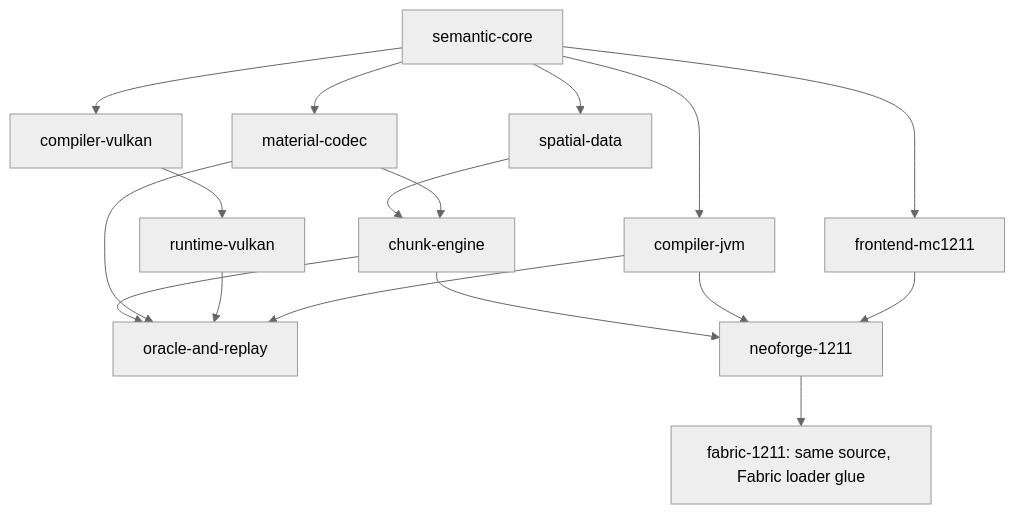
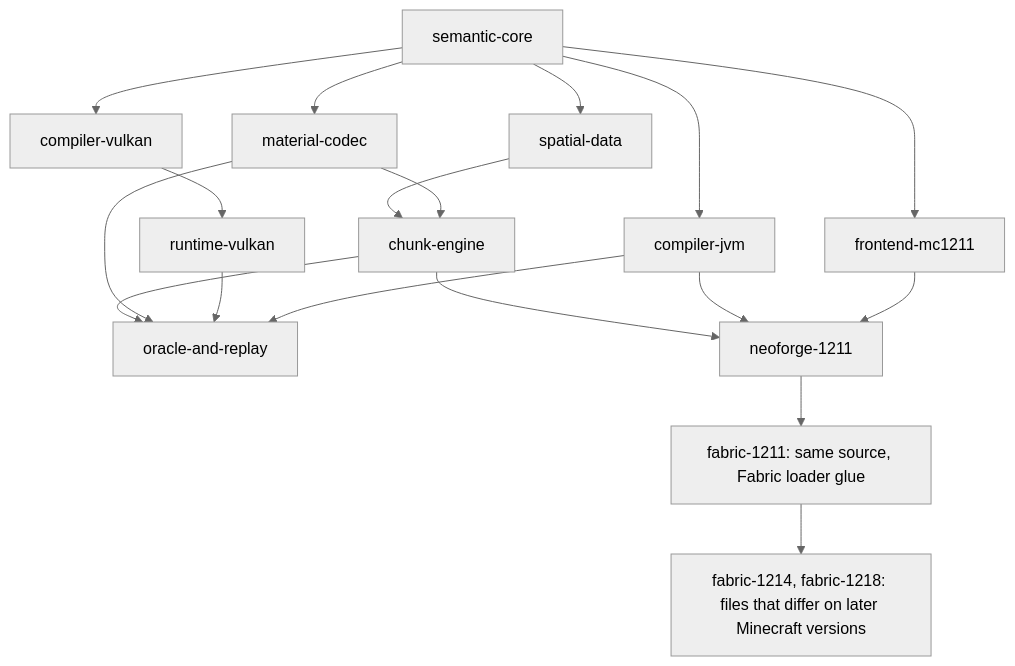
Before and after one commit to Miningmanias/Tellurium: the diagram in docs/ARCHITECTURE.md, drawn with Mermaid (neutral theme). The commit also changed 9 other files, not shown here.

````diff
--- a/docs/ARCHITECTURE.md
+++ b/docs/ARCHITECTURE.md
@@ -7,19 +7,20 @@
 ```mermaid
 flowchart TD
   semantic[semantic-core] --> cpu[compiler-jvm]
   semantic --> glsl[compiler-vulkan]
   semantic --> frontend[frontend-mc1211]
   semantic --> material[material-codec]
   semantic --> spatial[spatial-data]
   material --> engine[chunk-engine]
   spatial --> engine
   glsl --> native[runtime-vulkan]
   cpu --> replay[oracle-and-replay]
   native --> replay
   material --> replay
   engine --> replay
   frontend --> neo[neoforge-1211]
   cpu --> neo
   engine --> neo
   neo --> fabric[fabric-1211: same source, Fabric loader glue]
+  fabric --> ports[fabric-1214, fabric-1218: files that differ on later Minecraft versions]
 ```
````
